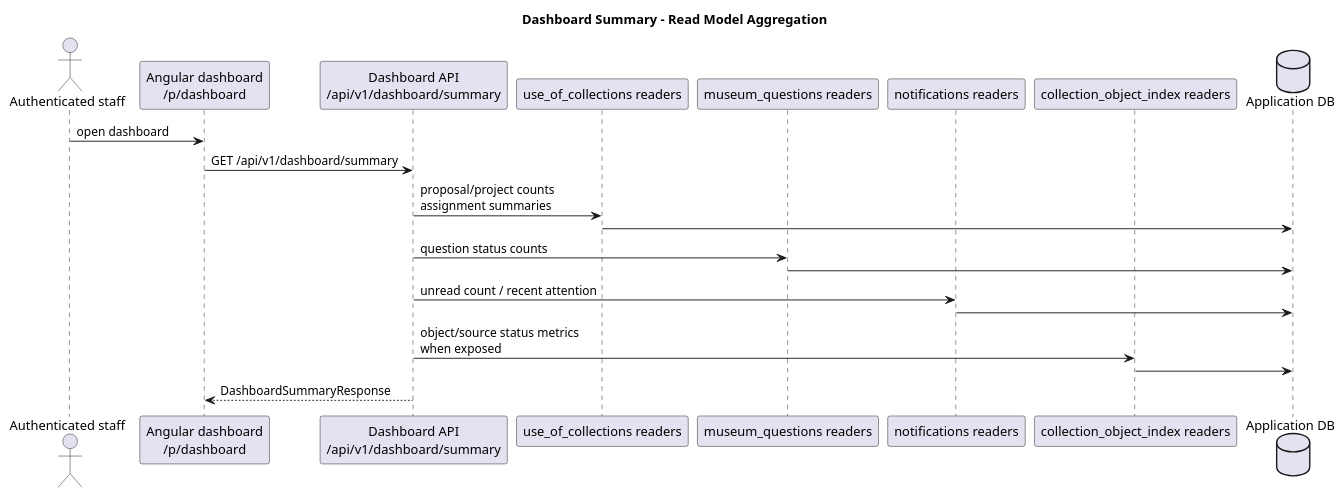
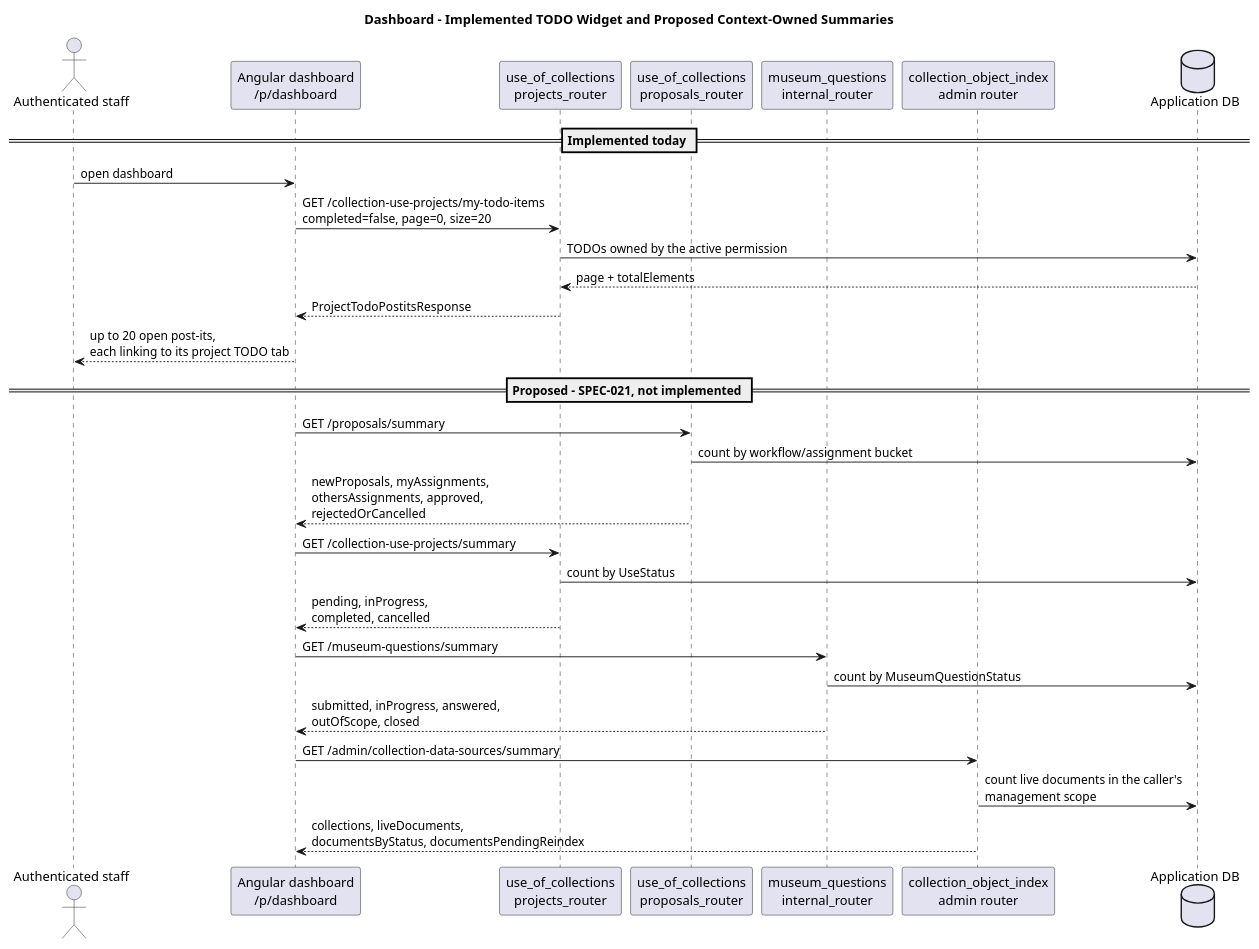
The diagram in docs/diagrams/dashboard-summary-flow.puml (marcosduchinski/vitarerum), drawn with PlantUML before and after one commit. The commit also changed 25 other files, not shown here.

Commit message:
docs: diagrams

```diff
--- a/docs/diagrams/dashboard-summary-flow.puml
+++ b/docs/diagrams/dashboard-summary-flow.puml
@@ -1,27 +1,51 @@
 @startuml dashboard-summary-flow
-title Dashboard Summary - Read Model Aggregation
+title Dashboard - Implemented TODO Widget and Proposed Context-Owned Summaries
 
 skinparam shadowing false
+skinparam sequence {
+  BackgroundColor #F8FAFC
+  BorderColor #334155
+}
+skinparam note {
+  BackgroundColor #FFFBEB
+  BorderColor #B45309
+}
 
 actor "Authenticated staff" as staff
 participant "Angular dashboard\n/p/dashboard" as ui
-participant "Dashboard API\n/api/v1/dashboard/summary" as dashboard
-participant "use_of_collections readers" as uoc
-participant "museum_questions readers" as questions
-participant "notifications readers" as notifications
-participant "collection_object_index readers" as objects
+participant "use_of_collections\nprojects_router" as projects
+participant "use_of_collections\nproposals_router" as proposals
+participant "museum_questions\ninternal_router" as questions
+participant "collection_object_index\nadmin router" as catalog
 database "Application DB" as db
 
+== Implemented today ==
+
 staff -> ui : open dashboard
-ui -> dashboard : GET /api/v1/dashboard/summary
-dashboard -> uoc : proposal/project counts\nassignment summaries
-uoc -> db
-dashboard -> questions : question status counts
-questions -> db
-dashboard -> notifications : unread count / recent attention
-notifications -> db
-dashboard -> objects : object/source status metrics\nwhen exposed
-objects -> db
-dashboard --> ui : DashboardSummaryResponse
+ui -> projects : GET /collection-use-projects/my-todo-items\ncompleted=false, page=0, size=20
+projects -> db : TODOs owned by the active permission
+db --> projects : page + totalElements
+projects --> ui : ProjectTodoPostitsResponse
+ui --> staff : up to 20 open post-its,\neach linking to its project TODO tab
+
+
+== Proposed - SPEC-021, not implemented ==
+
+ui -> proposals : GET /proposals/summary
+proposals -> db : count by workflow/assignment bucket
+proposals --> ui : newProposals, myAssignments,\nothersAssignments, approved,\nrejectedOrCancelled
+
+ui -> projects : GET /collection-use-projects/summary
+projects -> db : count by UseStatus
+projects --> ui : pending, inProgress,\ncompleted, cancelled
+
+ui -> questions : GET /museum-questions/summary
+questions -> db : count by MuseumQuestionStatus
+questions --> ui : submitted, inProgress, answered,\noutOfScope, closed
+
+ui -> catalog : GET /admin/collection-data-sources/summary
+catalog -> db : count live documents in the caller's\nmanagement scope
+catalog --> ui : collections, liveDocuments,\ndocumentsByStatus, documentsPendingReindex
+
 
 @enduml
```
